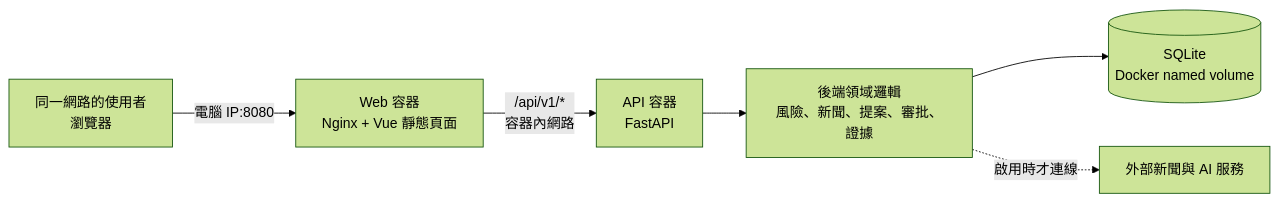
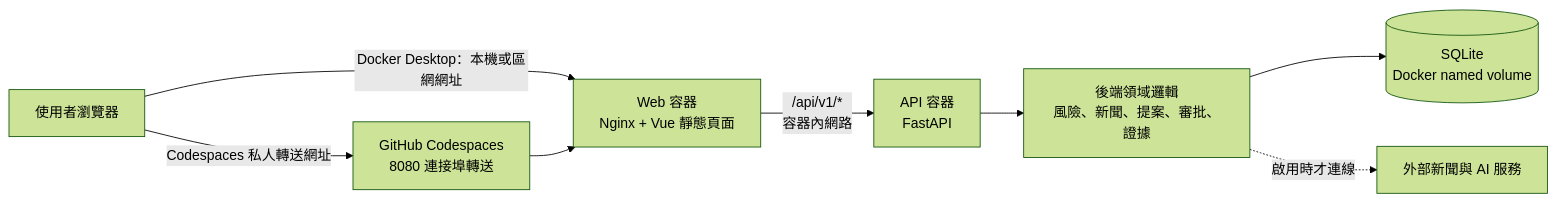
The first of 2 diagrams in docs/ARCHITECTURE.zh.md (wweyuiop1205-lgtm/weck06_dock), drawn with Mermaid (forest theme) before and after one commit. The commit also changed other lines of this file and 1 other file, not shown here.

Commit message:
Update architecture for Codespaces and volume lifecycle

````diff
--- a/docs/ARCHITECTURE.zh.md
+++ b/docs/ARCHITECTURE.zh.md
@@ -9,8 +9,10 @@
 ```mermaid
 flowchart LR
-    U[同一網路的使用者<br/>瀏覽器] -->|電腦 IP:8080| W[Web 容器<br/>Nginx + Vue 靜態頁面]
+    U[使用者瀏覽器] -->|Docker Desktop：本機或區網網址| W[Web 容器<br/>Nginx + Vue 靜態頁面]
+    U -->|Codespaces 私人轉送網址| P[GitHub Codespaces<br/>8080 連接埠轉送]
+    P --> W
     W -->|/api/v1/*<br/>容器內網路| A[API 容器<br/>FastAPI]
     A --> B[後端領域邏輯<br/>風險、新聞、提案、審批、證據]
     B --> D[(SQLite<br/>Docker named volume)]
     B -. 啟用時才連線 .-> X[外部新聞與 AI 服務]
 ```
````
